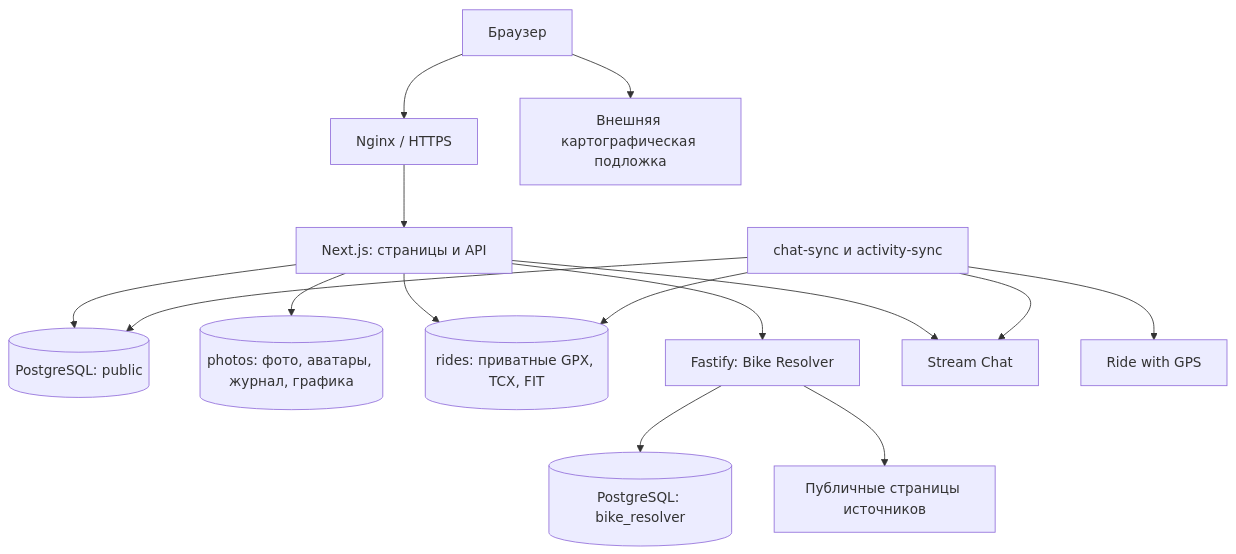
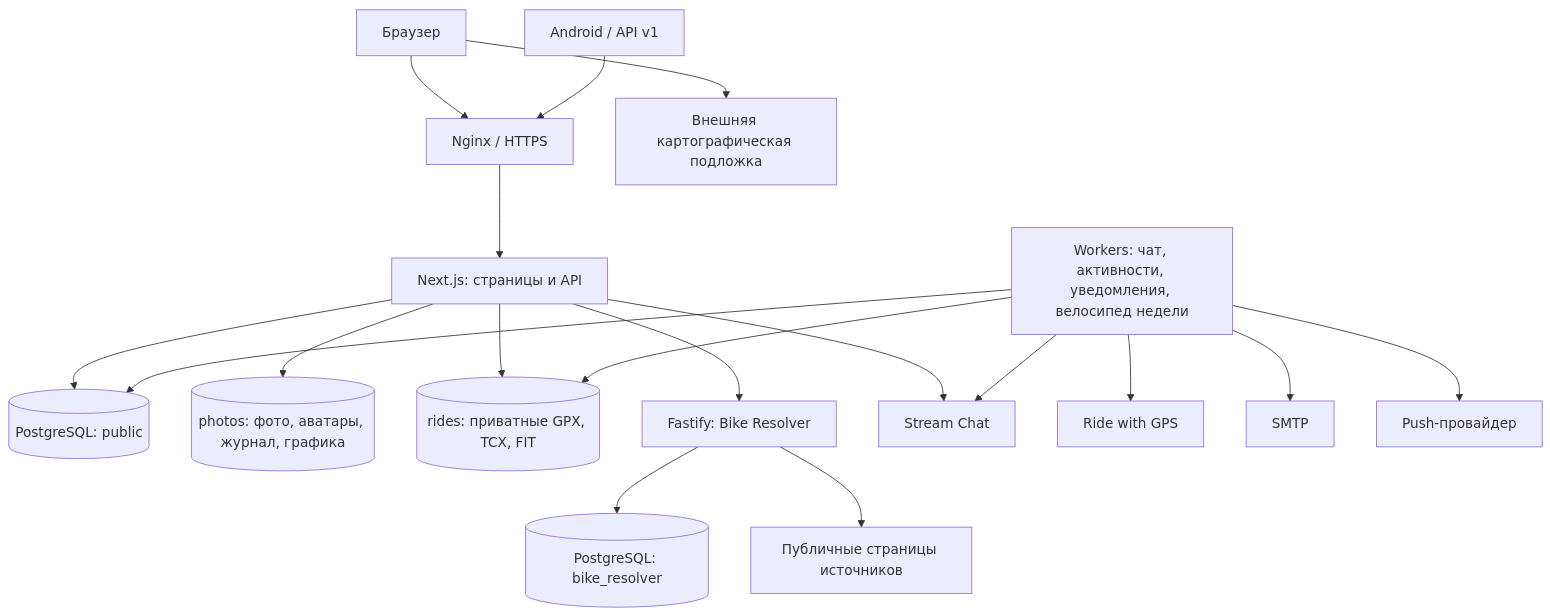
The diagram in docs/architecture/overview.md (grayhex/cola), drawn with Mermaid before and after one commit. The commit also changed other lines of this file and 6 other files, not shown here.

````diff
--- a/docs/architecture/overview.md
+++ b/docs/architecture/overview.md
@@ -9,17 +9,20 @@
 ```mermaid
 flowchart TD
     Browser[Браузер] --> Proxy[Nginx / HTTPS]
+    Android[Android / API v1] --> Proxy
     Proxy --> App[Next.js: страницы и API]
     App --> DB[(PostgreSQL: public)]
     App --> Photos[(photos: фото, аватары, журнал, графика)]
     App --> Rides[(rides: приватные GPX, TCX, FIT)]
     App --> Resolver[Fastify: Bike Resolver]
     Resolver --> Cache[(PostgreSQL: bike_resolver)]
     Resolver --> Sources[Публичные страницы источников]
     Browser --> Maps[Внешняя картографическая подложка]
     App --> Stream[Stream Chat]
-    Workers[chat-sync и activity-sync] --> DB
+    Workers[Workers: чат, активности, уведомления, велосипед недели] --> DB
     Workers --> Stream
     Workers --> RWGPS[Ride with GPS]
     Workers --> Rides
+    Workers --> Mail[SMTP]
+    Workers --> Push[Push-провайдер]
 ```
````
